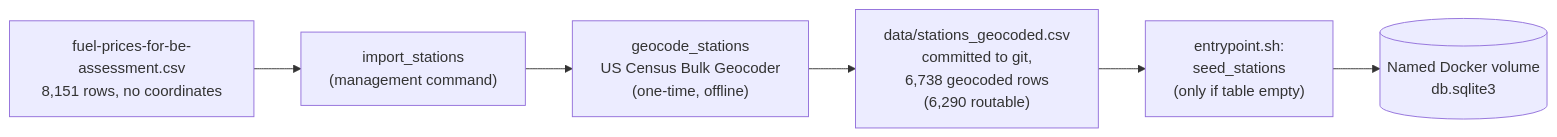
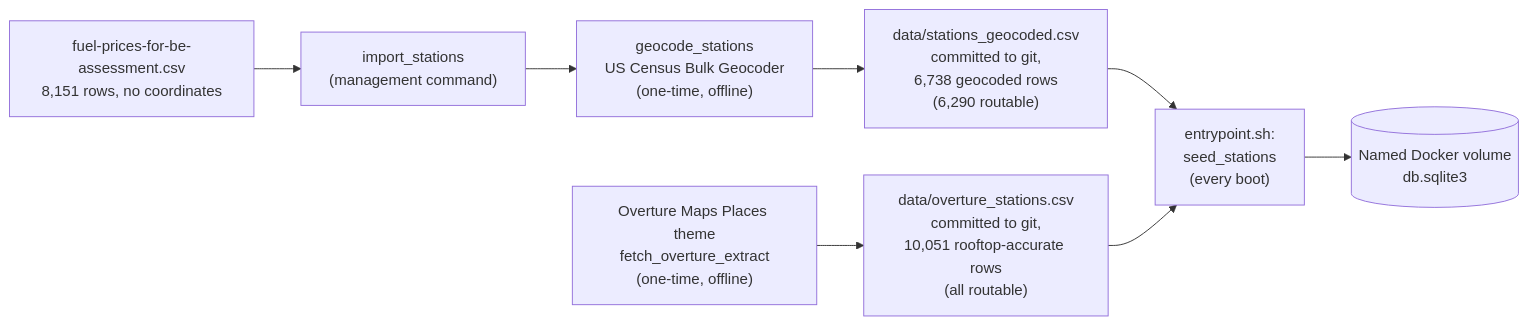
The second of 2 diagrams in README.md (jadrianports/tankwise), drawn with Mermaid before and after one commit. The commit also changed other lines of this file and 2 other files, not shown here.

````diff
--- a/README.md
+++ b/README.md
@@ -100,11 +100,15 @@
 ```mermaid
 flowchart LR
     RawCSV["fuel-prices-for-be-assessment.csv<br/>8,151 rows, no coordinates"]
     Import["import_stations<br/>(management command)"]
     Census["geocode_stations<br/>US Census Bulk Geocoder<br/>(one-time, offline)"]
     Committed["data/stations_geocoded.csv<br/>committed to git,<br/>6,738 geocoded rows<br/>(6,290 routable)"]
-    Seed["entrypoint.sh:<br/>seed_stations<br/>(only if table empty)"]
+    OvertureExtract["Overture Maps Places theme<br/>fetch_overture_extract<br/>(one-time, offline)"]
+    OvertureCommitted["data/overture_stations.csv<br/>committed to git,<br/>10,051 rooftop-accurate rows<br/>(all routable)"]
+    Seed["entrypoint.sh:<br/>seed_stations<br/>(every boot)"]
     Volume[("Named Docker volume<br/>db.sqlite3")]
 
-    RawCSV --> Import --> Census --> Committed --> Seed --> Volume
+    RawCSV --> Import --> Census --> Committed --> Seed
+    OvertureExtract --> OvertureCommitted --> Seed
+    Seed --> Volume
 ```
````
